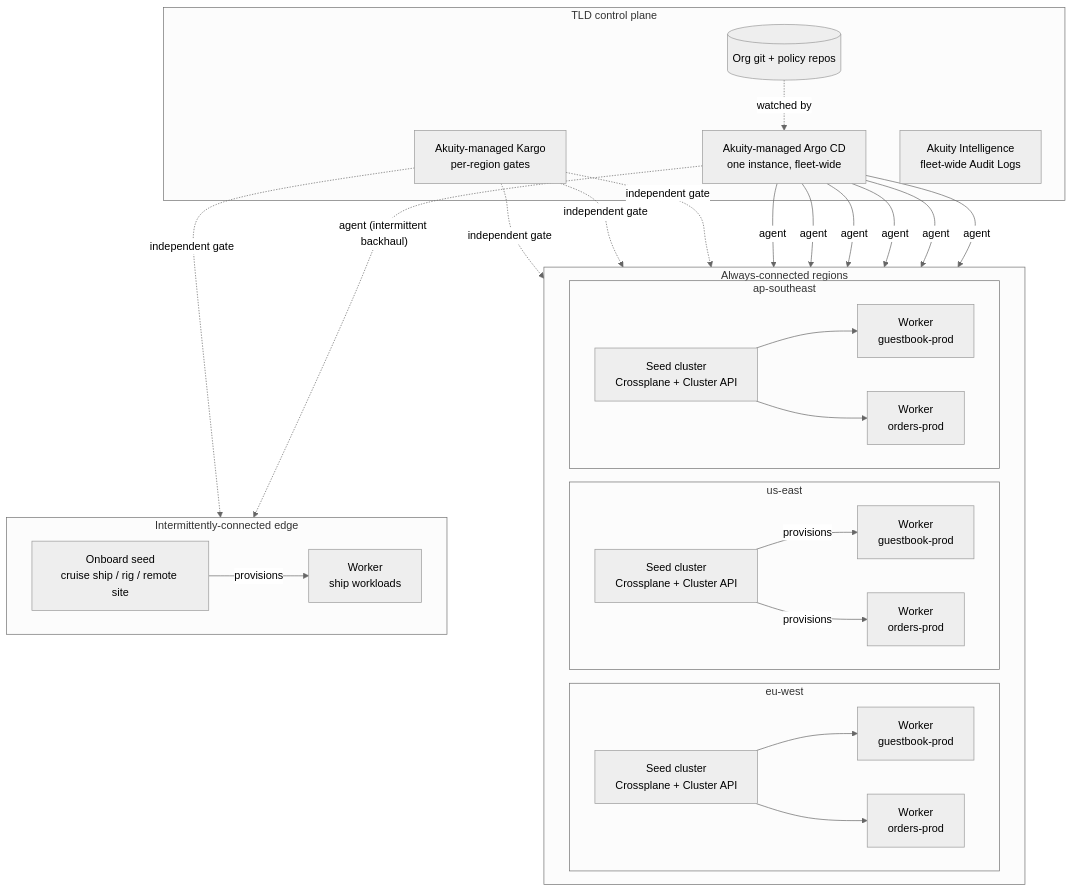
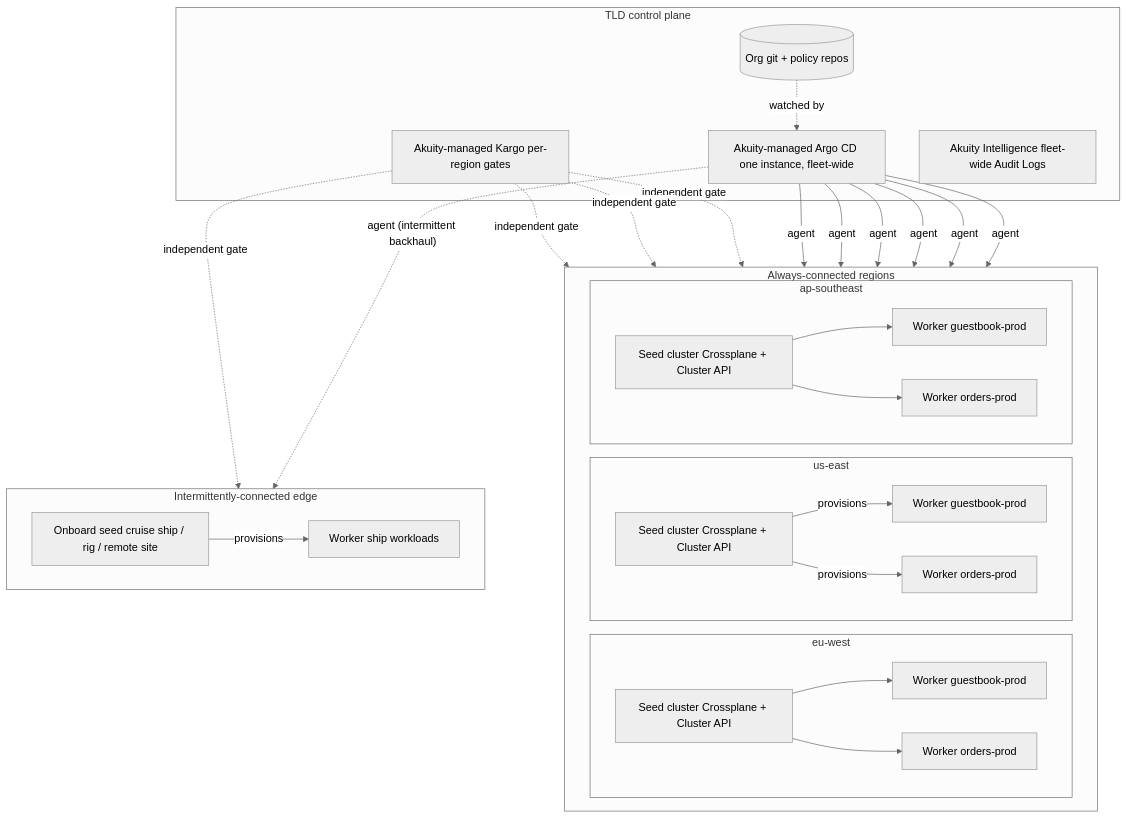
The ninth of 10 diagrams in docs/diagrams.md (Cliftonz/akuity-deployment-examples), drawn with Mermaid (neutral theme) before and after one commit. The commit also changed other lines of this file, not shown here.

Commit message:
docs/diagrams: drop <br/> tags from mermaid node labels

````diff
--- a/docs/diagrams.md
+++ b/docs/diagrams.md
@@ -281,54 +281,54 @@
 ```mermaid
 flowchart TB
     subgraph TLD["TLD control plane"]
         TLDGit[("Org git + policy repos")]
-        TLDArgo["Akuity-managed Argo CD<br/>one instance, fleet-wide"]
-        TLDKargo["Akuity-managed Kargo<br/>per-region gates"]
-        TLDIntel["Akuity Intelligence<br/>fleet-wide Audit Logs"]
+        TLDArgo["Akuity-managed Argo CD one instance, fleet-wide"]
+        TLDKargo["Akuity-managed Kargo per-region gates"]
+        TLDIntel["Akuity Intelligence fleet-wide Audit Logs"]
     end
 
     subgraph Regions["Always-connected regions"]
         direction LR
         subgraph USRegion["us-east"]
-            SeedUS["Seed cluster<br/>Crossplane + Cluster API"]
-            WorkerUS1["Worker<br/>guestbook-prod"]
-            WorkerUS2["Worker<br/>orders-prod"]
+            SeedUS["Seed cluster Crossplane + Cluster API"]
+            WorkerUS1["Worker guestbook-prod"]
+            WorkerUS2["Worker orders-prod"]
             SeedUS -->|provisions| WorkerUS1
             SeedUS -->|provisions| WorkerUS2
         end
         subgraph EURegion["eu-west"]
-            SeedEU["Seed cluster<br/>Crossplane + Cluster API"]
-            WorkerEU1["Worker<br/>guestbook-prod"]
-            WorkerEU2["Worker<br/>orders-prod"]
+            SeedEU["Seed cluster Crossplane + Cluster API"]
+            WorkerEU1["Worker guestbook-prod"]
+            WorkerEU2["Worker orders-prod"]
             SeedEU --> WorkerEU1
             SeedEU --> WorkerEU2
         end
         subgraph APRegion["ap-southeast"]
-            SeedAP["Seed cluster<br/>Crossplane + Cluster API"]
-            WorkerAP1["Worker<br/>guestbook-prod"]
-            WorkerAP2["Worker<br/>orders-prod"]
+            SeedAP["Seed cluster Crossplane + Cluster API"]
+            WorkerAP1["Worker guestbook-prod"]
+            WorkerAP2["Worker orders-prod"]
             SeedAP --> WorkerAP1
             SeedAP --> WorkerAP2
         end
     end
 
     subgraph Edge["Intermittently-connected edge"]
         direction LR
-        SeedShip["Onboard seed<br/>cruise ship / rig / remote site"]
-        WorkerShip["Worker<br/>ship workloads"]
+        SeedShip["Onboard seed cruise ship / rig / remote site"]
+        WorkerShip["Worker ship workloads"]
         SeedShip -->|provisions| WorkerShip
     end
 
     TLDGit -.->|watched by| TLDArgo
     TLDArgo -->|agent| WorkerUS1
     TLDArgo -->|agent| WorkerUS2
     TLDArgo -->|agent| WorkerEU1
     TLDArgo -->|agent| WorkerEU2
     TLDArgo -->|agent| WorkerAP1
     TLDArgo -->|agent| WorkerAP2
     TLDArgo -.->|"agent (intermittent backhaul)"| WorkerShip
     TLDKargo -. independent gate .-> USRegion
     TLDKargo -. independent gate .-> EURegion
     TLDKargo -. independent gate .-> APRegion
     TLDKargo -. independent gate .-> Edge
 ```
````
